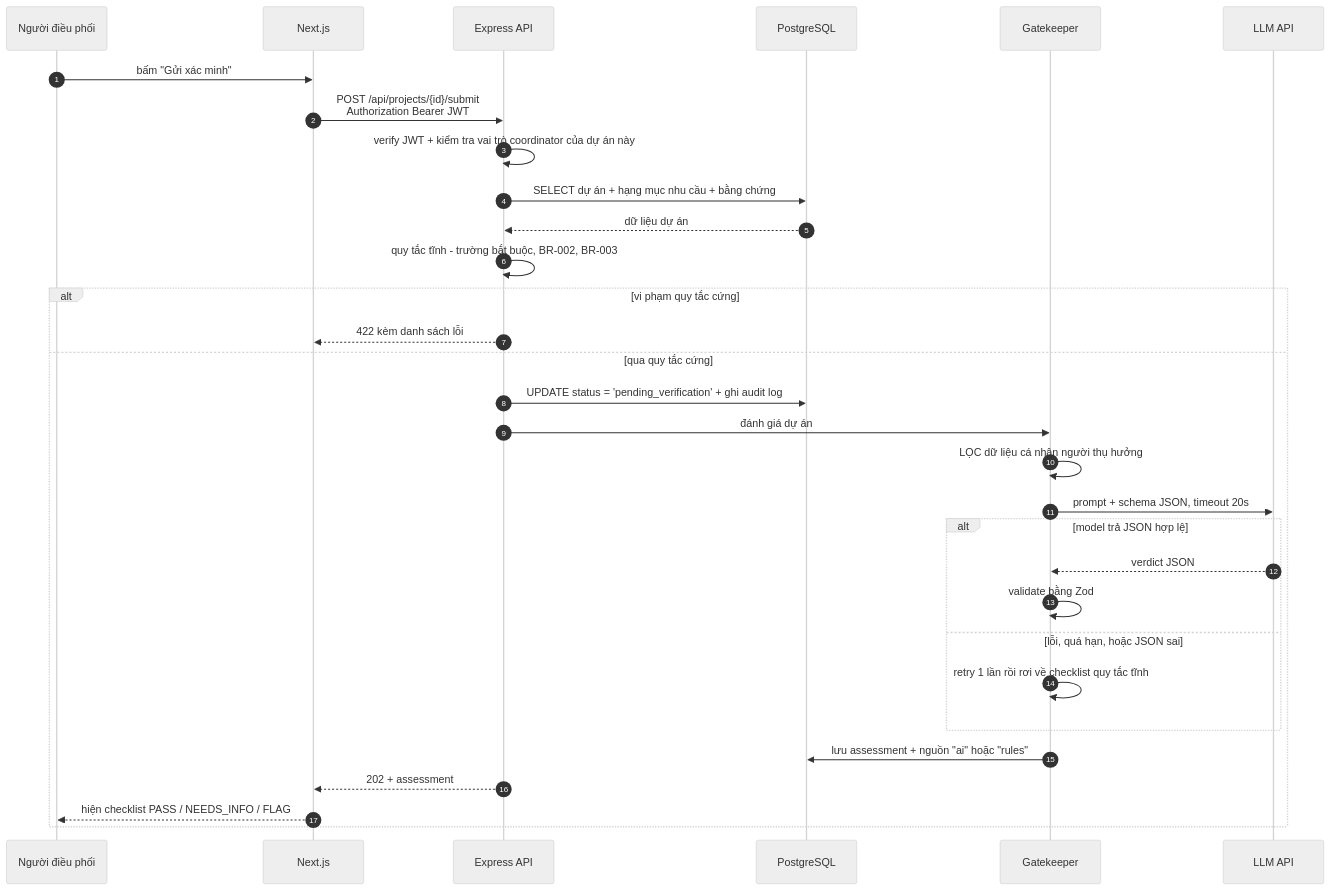
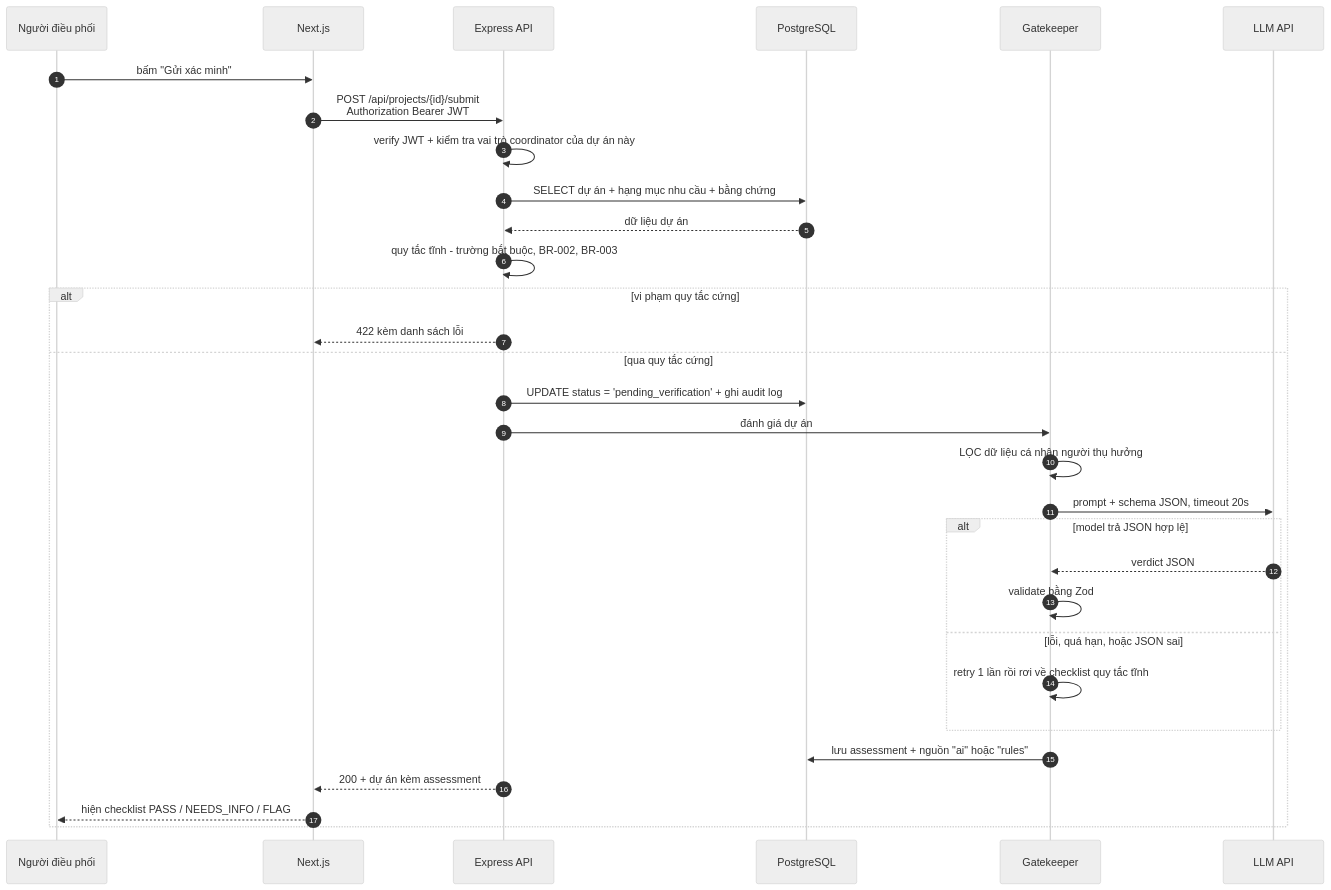
Before and after one commit to Ntpminzu/GomNang: the second of 5 diagrams in docs/architecture.md, drawn with Mermaid (neutral theme). The commit also changed other lines of this file and 7 other files, not shown here.

````diff
--- a/docs/architecture.md
+++ b/docs/architecture.md
@@ -58,34 +58,34 @@
 ```mermaid
 sequenceDiagram
     autonumber
     participant U as Người điều phối
     participant FE as Next.js
     participant API as Express API
     participant DB as PostgreSQL
     participant G as Gatekeeper
     participant M as LLM API
 
     U->>FE: bấm "Gửi xác minh"
     FE->>API: POST /api/projects/{id}/submit<br/>Authorization Bearer JWT
     API->>API: verify JWT + kiểm tra vai trò coordinator của dự án này
     API->>DB: SELECT dự án + hạng mục nhu cầu + bằng chứng
     DB-->>API: dữ liệu dự án
     API->>API: quy tắc tĩnh - trường bắt buộc, BR-002, BR-003
     alt vi phạm quy tắc cứng
         API-->>FE: 422 kèm danh sách lỗi
     else qua quy tắc cứng
         API->>DB: UPDATE status = 'pending_verification' + ghi audit log
         API->>G: đánh giá dự án
         G->>G: LỌC dữ liệu cá nhân người thụ hưởng
         G->>M: prompt + schema JSON, timeout 20s
         alt model trả JSON hợp lệ
             M-->>G: verdict JSON
             G->>G: validate bằng Zod
         else lỗi, quá hạn, hoặc JSON sai
             G->>G: retry 1 lần rồi rơi về checklist quy tắc tĩnh
         end
         G->>DB: lưu assessment + nguồn "ai" hoặc "rules"
-        API-->>FE: 202 + assessment
+        API-->>FE: 200 + dự án kèm assessment
         FE-->>U: hiện checklist PASS / NEEDS_INFO / FLAG
     end
 ```
````
